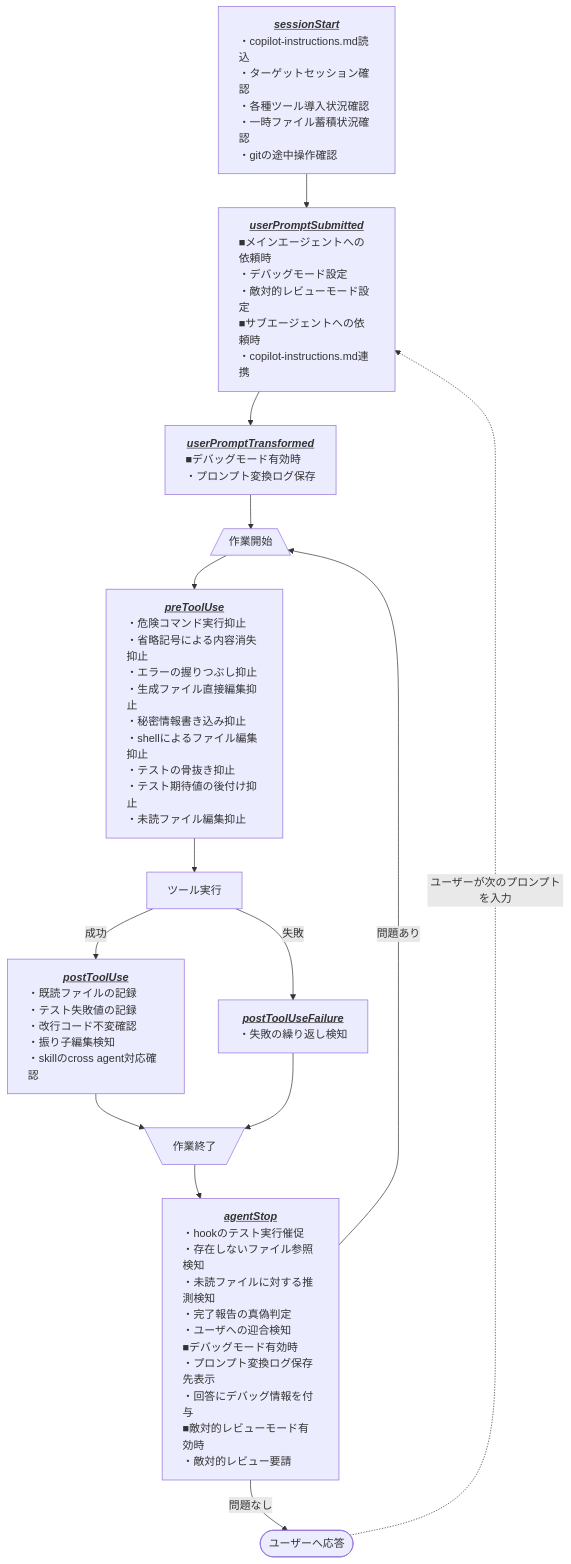
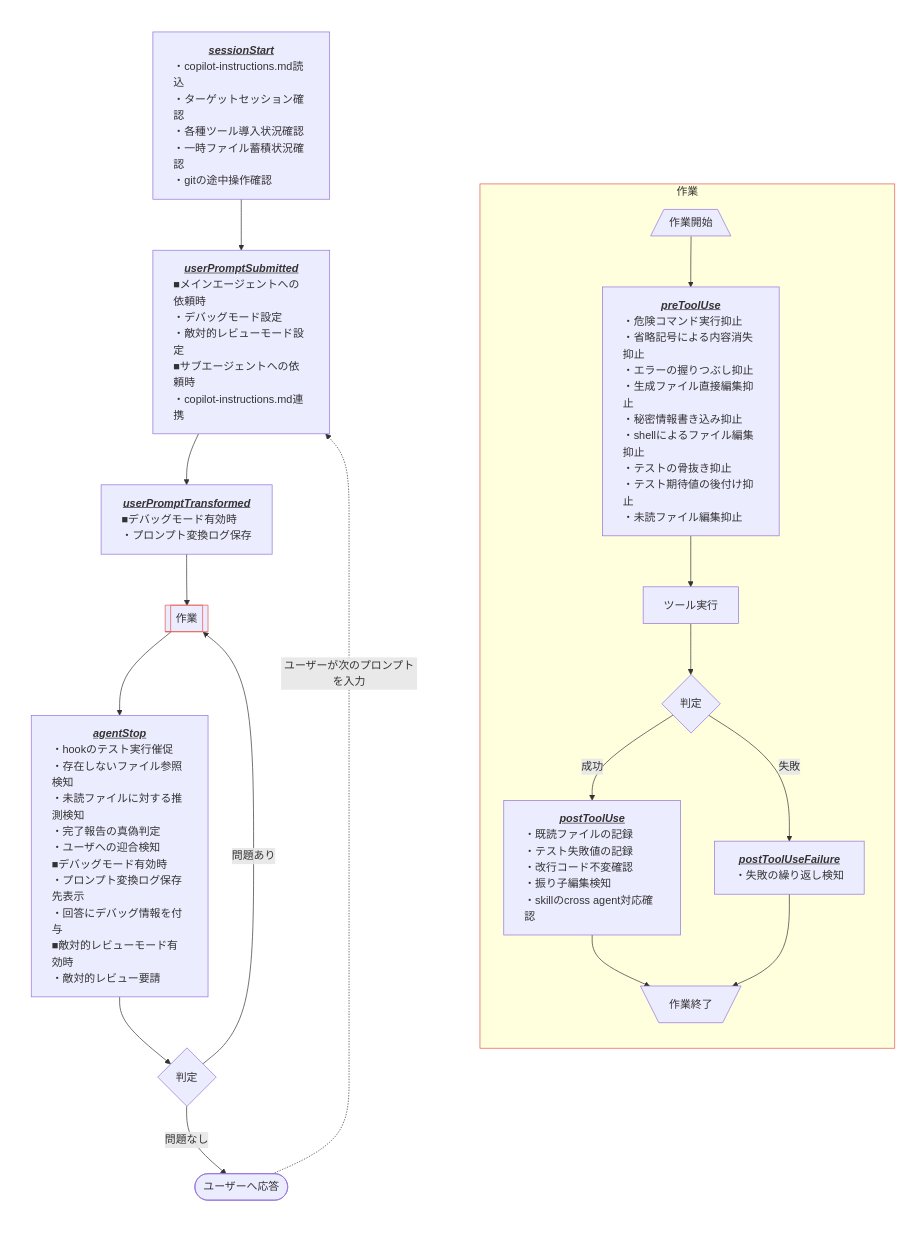
The diagram in .github/README.md (Widthdom/GHCAgentRefinement), drawn with Mermaid before and after one commit.

Commit message:
.github/README.mdの発動フローの図で作業部分を別枠に分離
- 作業開始から作業終了までを「作業」ノードに置き換え、詳細は右側の「作業」枠に配置
- 「作業」ノードを定義済み処理の形にし、右側の枠と線の色をそろえて対応を示す
- agentStopとツール実行の後に判定ノードを追加し、分岐を判定ノードから出す

````diff
--- a/.github/README.md
+++ b/.github/README.md
@@ -20,33 +20,52 @@
 ```mermaid
-flowchart TD
+flowchart LR
 
     sessionStart["<b><i><u>sessionStart</u></i></b><br/><div style='text-align: left'>・copilot-instructions.md読込<br/>・ターゲットセッション確認<br/>・各種ツール導入状況確認<br/>・一時ファイル蓄積状況確認<br/>・gitの途中操作確認</div>"]
 
     userPromptSubmitted["<b><i><u>userPromptSubmitted</u></i></b><br/><div style='text-align: left'>■メインエージェントへの依頼時<br/>・デバッグモード設定<br/>・敵対的レビューモード設定<br/>■サブエージェントへの依頼時<br/>・copilot-instructions.md連携</div>"]
 
     userPromptTransformed["<b><i><u>userPromptTransformed</u></i></b><br/><div style='text-align: left'>■デバッグモード有効時<br/>・プロンプト変換ログ保存</div>"]
 
     LoopStart[/作業開始\]
 
     preToolUse["<b><i><u>preToolUse</u></i></b><br/><div style='text-align: left'>・危険コマンド実行抑止<br/>・省略記号による内容消失抑止<br/>・エラーの握りつぶし抑止<br/>・生成ファイル直接編集抑止<br/>・秘密情報書き込み抑止<br/>・shellによるファイル編集抑止<br/>・テストの骨抜き抑止<br/>・テスト期待値の後付け抑止<br/>・未読ファイル編集抑止</div>"]
 
     runTool["ツール実行"]
 
+    runToolResult{"判定"}
+
     postToolUse["<b><i><u>postToolUse</u></i></b><br/><div style='text-align: left'>・既読ファイルの記録<br/>・テスト失敗値の記録<br/>・改行コード不変確認<br/>・振り子編集検知<br/>・skillのcross agent対応確認</div>"]
 
     postToolUseFailure["<b><i><u>postToolUseFailure</u></i></b><br/><div style='text-align: left'>・失敗の繰り返し検知</div>"]
 
     LoopEnd[\作業終了/]
 
     agentStop["<b><i><u>agentStop</u></i></b><br/><div style='text-align: left'>・hookのテスト実行催促<br/>・存在しないファイル参照検知<br/>・未読ファイルに対する推測検知<br/>・完了報告の真偽判定<br/>・ユーザへの迎合検知<br/>■デバッグモード有効時<br/>・プロンプト変換ログ保存先表示<br/>・回答にデバッグ情報を付与<br/>■敵対的レビューモード有効時<br/>・敵対的レビュー要請<br/></div>"]
 
+    agentStopResult{"判定"}
+
     responseToUser(["ユーザーへ応答"])
 
-    sessionStart --> userPromptSubmitted --> userPromptTransformed --> LoopStart --> preToolUse --> runTool
-    runTool -- "成功" --> postToolUse --> LoopEnd
-    runTool -- "失敗" --> postToolUseFailure --> LoopEnd
-    LoopEnd --> agentStop
-    agentStop -- "問題あり" --> LoopStart
-    agentStop -- "問題なし" --> responseToUser
-    responseToUser -. "ユーザーが次のプロンプトを入力" .-> userPromptSubmitted
+    work[["作業"]]
+
+    subgraph mainFlow[" "]
+        direction TB
+        sessionStart --> userPromptSubmitted --> userPromptTransformed --> work --> agentStop --> agentStopResult
+        agentStopResult -- "問題あり" --> work
+        agentStopResult -- "問題なし" --> responseToUser
+        responseToUser -. "ユーザーが次のプロンプトを入力" .-> userPromptSubmitted
+    end
+
+    subgraph workDetail["作業"]
+        direction TB
+        LoopStart --> preToolUse --> runTool --> runToolResult
+        runToolResult -- "成功" --> postToolUse --> LoopEnd
+        runToolResult -- "失敗" --> postToolUseFailure --> LoopEnd
+    end
+
+    mainFlow ~~~ workDetail
+
+    style mainFlow fill:none,stroke:none
+    style work stroke:#e5534b
+    style workDetail stroke:#e5534b
 ```
````
